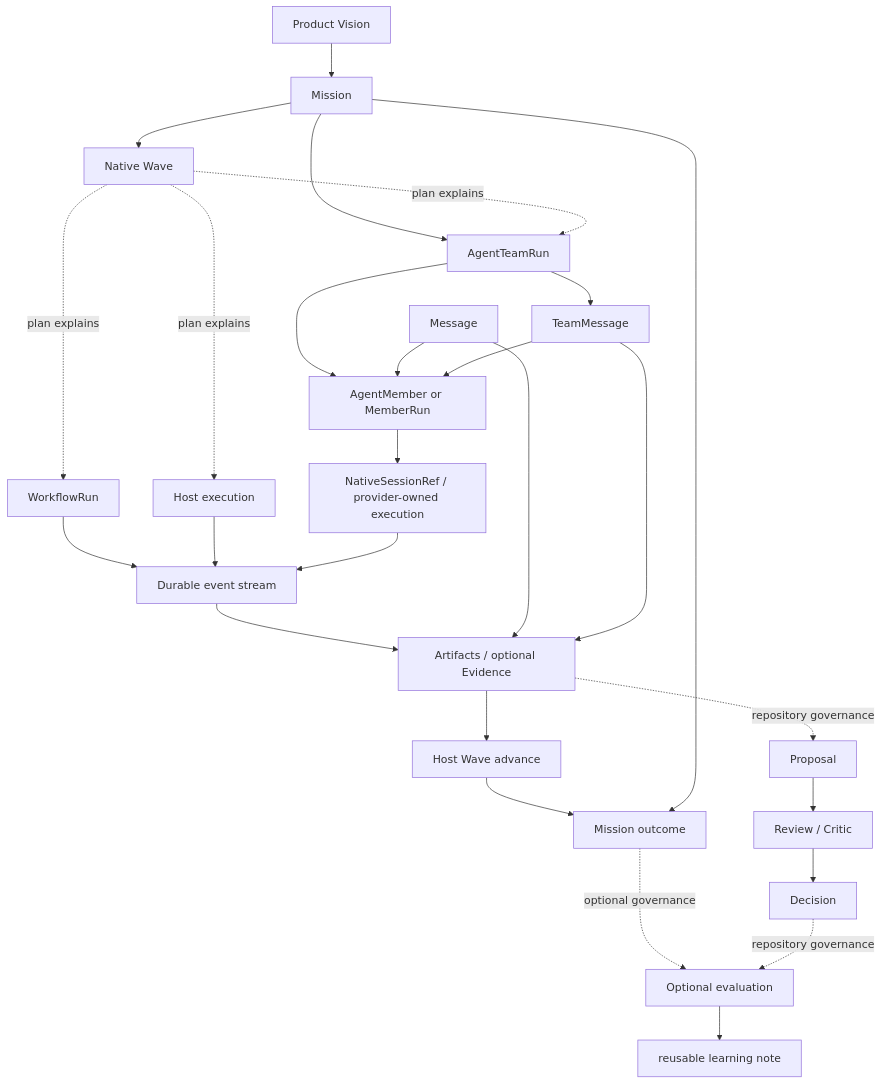
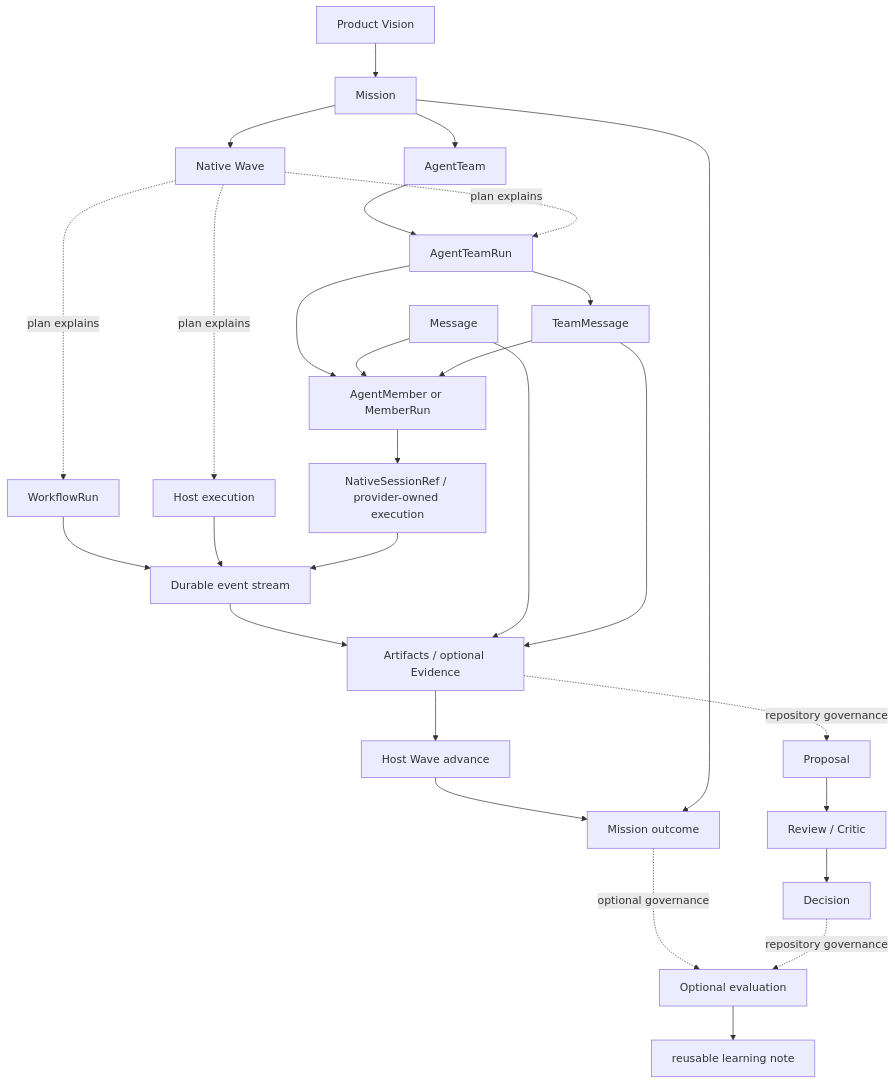
The diagram in docs/current/architecture/concept-model.md (cyl19970726/multi-agent-harness), drawn with Mermaid before and after one commit. The commit also changed other lines of this file and 87 other files, not shown here.

````diff
--- a/docs/current/architecture/concept-model.md
+++ b/docs/current/architecture/concept-model.md
@@ -38,49 +38,51 @@
 ```mermaid
 flowchart TD
   Vision[Product Vision]
   Mission[Mission]
   Wave[Native Wave]
+  Team[AgentTeam]
   TeamRun[AgentTeamRun]
   WorkflowRun[WorkflowRun]
   HostExec[Host execution]
   Message[Message]
   TeamMessage[TeamMessage]
   Member[AgentMember or MemberRun]
   Provider[NativeSessionRef / provider-owned execution]
   Event[Durable event stream]
   Evidence[Artifacts / optional Evidence]
   Gate[Host Wave advance]
   Outcome[Mission outcome]
   Proposal[Proposal]
   Review[Review / Critic]
   Decision[Decision]
   Eval[Optional evaluation]
   Case[reusable learning note]
 
   Vision --> Mission
   Mission --> Wave
-  Mission --> TeamRun
+  Mission --> Team
+  Team --> TeamRun
   Wave -. plan explains .-> TeamRun
   Wave -. plan explains .-> WorkflowRun
   Wave -. plan explains .-> HostExec
   TeamRun --> TeamMessage
   TeamRun --> Member
   WorkflowRun --> Event
   HostExec --> Event
   Message --> Member
   TeamMessage --> Member
   Member --> Provider
   Provider --> Event
   Event --> Evidence
   Message --> Evidence
   TeamMessage --> Evidence
   Evidence --> Gate
   Gate --> Outcome
   Mission --> Outcome
   Outcome -. optional governance .-> Eval
   Evidence -. repository governance .-> Proposal
   Proposal --> Review
   Review --> Decision
   Decision -. repository governance .-> Eval
   Eval --> Case
 ```
````
